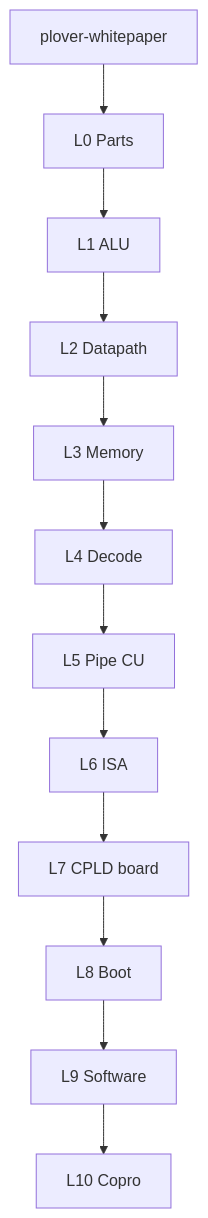
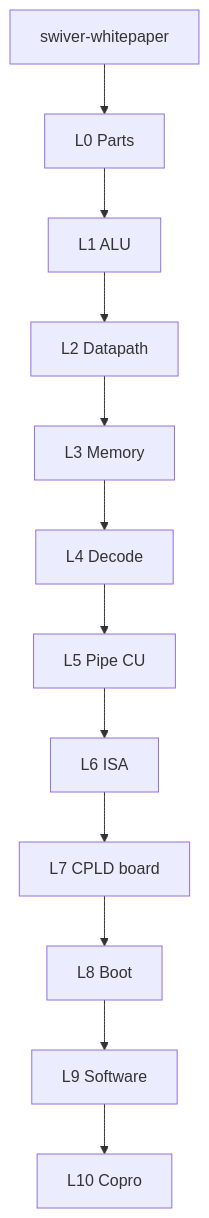
The diagram in reference/README.md (Flkalas/swiver), drawn with Mermaid before and after one commit. The commit also changed other lines of this file and 18 other files, not shown here.

First line of the commit message:
docs: rename remaining plover paths to swiver-*

````diff
--- a/reference/README.md
+++ b/reference/README.md
@@ -46,16 +46,16 @@
 ```mermaid
 flowchart TB
-  WP[plover-whitepaper]
+  WP[swiver-whitepaper]
   L0[L0 Parts]
   L1[L1 ALU]
   L2[L2 Datapath]
   L3[L3 Memory]
   L4[L4 Decode]
   L5[L5 Pipe CU]
   L6[L6 ISA]
   L7[L7 CPLD board]
   L8[L8 Boot]
   L9[L9 Software]
   L10[L10 Copro]
   WP --> L0 --> L1 --> L2 --> L3 --> L4 --> L5 --> L6 --> L7 --> L8 --> L9 --> L10
 ```
````
